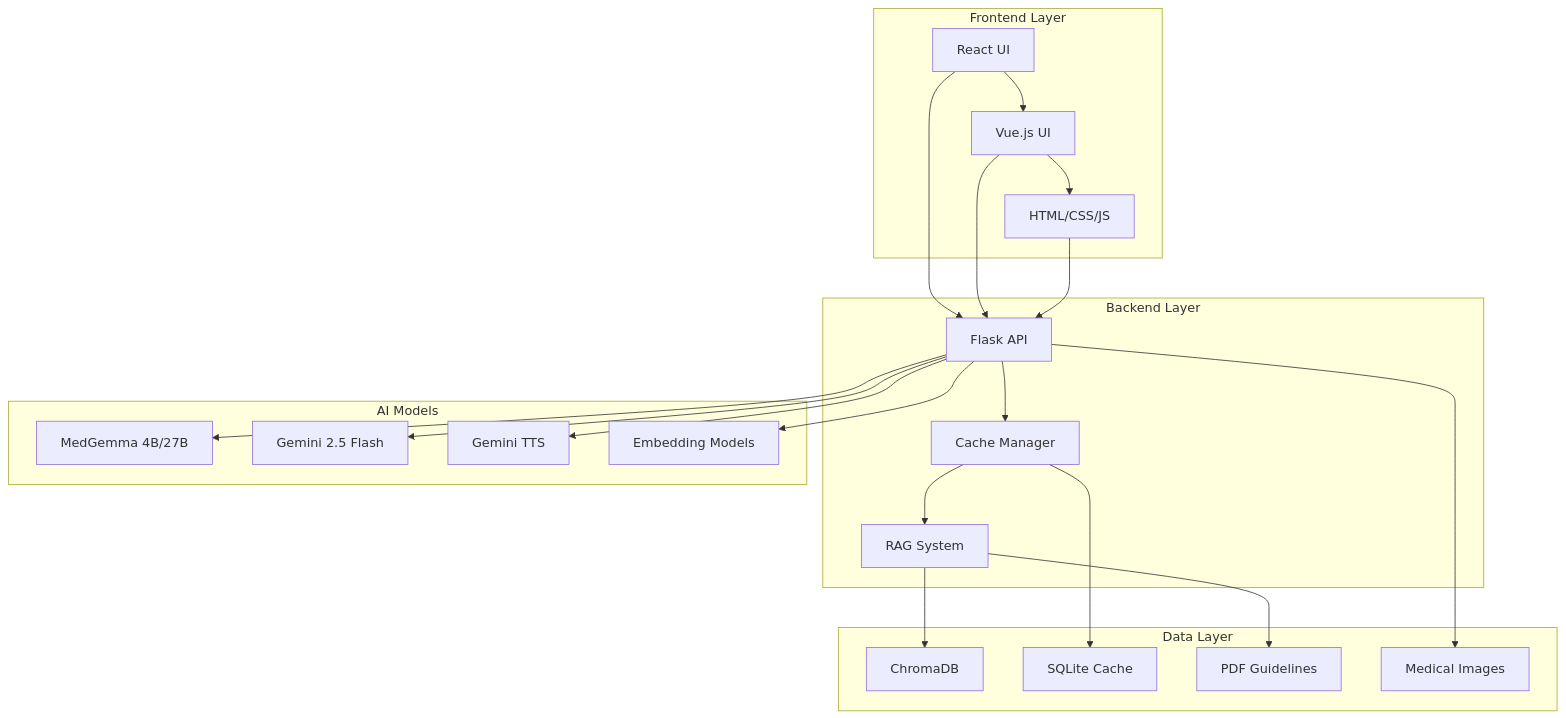
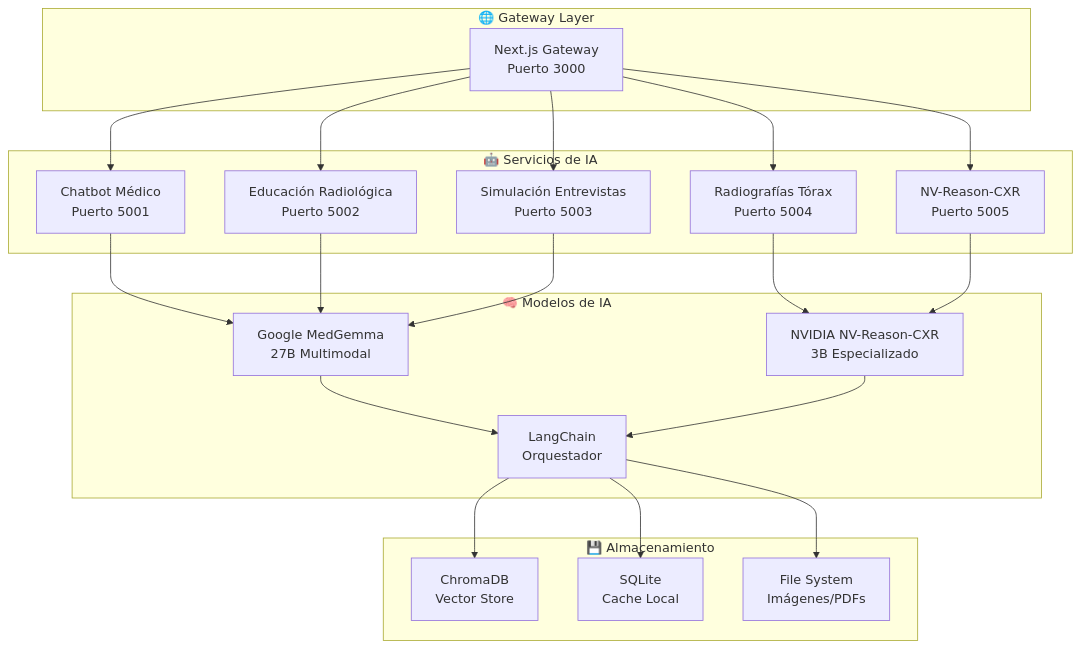
One commit to eliascipre/Pruebas-del-IMSS changed the diagram in README.md. Above: the diagram before and after it, drawn with Mermaid. The commit also changed other lines of this file and 182 other files, not shown here.

````diff
--- a/README.md
+++ b/README.md
@@ -24,38 +17,44 @@
 ```mermaid
 graph TB
-    subgraph "Frontend Layer"
-        A[React UI] --> B[Vue.js UI]
-        B --> C[HTML/CSS/JS]
+    subgraph "🌐 Gateway Layer"
+        GW[Next.js Gateway<br/>Puerto 3000]
     end
     
-    subgraph "Backend Layer"
-        D[Flask API] --> E[Cache Manager]
-        E --> F[RAG System]
+    subgraph "🤖 Servicios de IA"
+        CB[Chatbot Médico<br/>Puerto 5001]
+        ED[Educación Radiológica<br/>Puerto 5002]
+        SM[Simulación Entrevistas<br/>Puerto 5003]
+        RX[Radiografías Tórax<br/>Puerto 5004]
+        NV[NV-Reason-CXR<br/>Puerto 5005]
     end
     
-    subgraph "AI Models"
-        G[MedGemma 4B/27B]
-        H[Gemini 2.5 Flash]
-        I[Gemini TTS]
-        J[Embedding Models]
+    subgraph "🧠 Modelos de IA"
+        MG[Google MedGemma<br/>27B Multimodal]
+        NVR[NVIDIA NV-Reason-CXR<br/>3B Especializado]
+        LC[LangChain<br/>Orquestador]
     end
     
-    subgraph "Data Layer"
-        K[ChromaDB]
-        L[SQLite Cache]
-        M[PDF Guidelines]
-        N[Medical Images]
+    subgraph "💾 Almacenamiento"
+        CD[ChromaDB<br/>Vector Store]
+        SQ[SQLite<br/>Cache Local]
+        FS[File System<br/>Imágenes/PDFs]
     end
     
-    A --> D
-    B --> D
-    C --> D
-    D --> G
-    D --> H
-    D --> I
-    D --> J
-    F --> K
-    E --> L
-    F --> M
-    D --> N
+    GW --> CB
+    GW --> ED
+    GW --> SM
+    GW --> RX
+    GW --> NV
+    
+    CB --> MG
+    ED --> MG
+    SM --> MG
+    RX --> NVR
+    NV --> NVR
+    
+    MG --> LC
+    NVR --> LC
+    LC --> CD
+    LC --> SQ
+    LC --> FS
 ```
````
